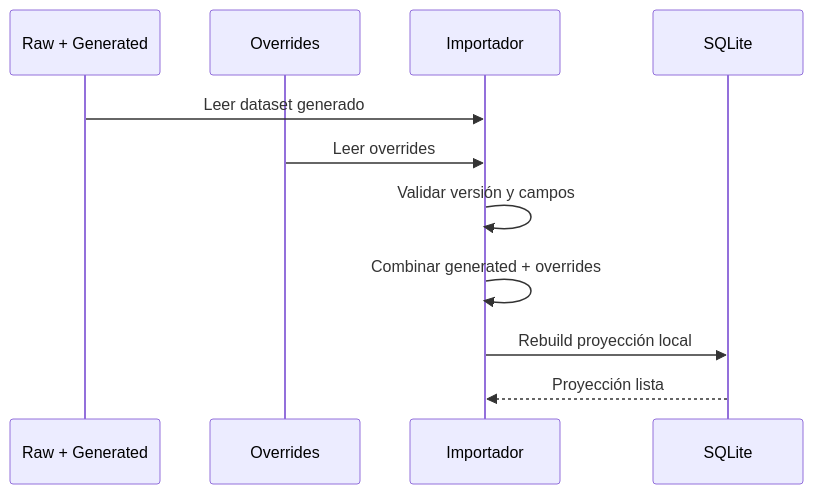
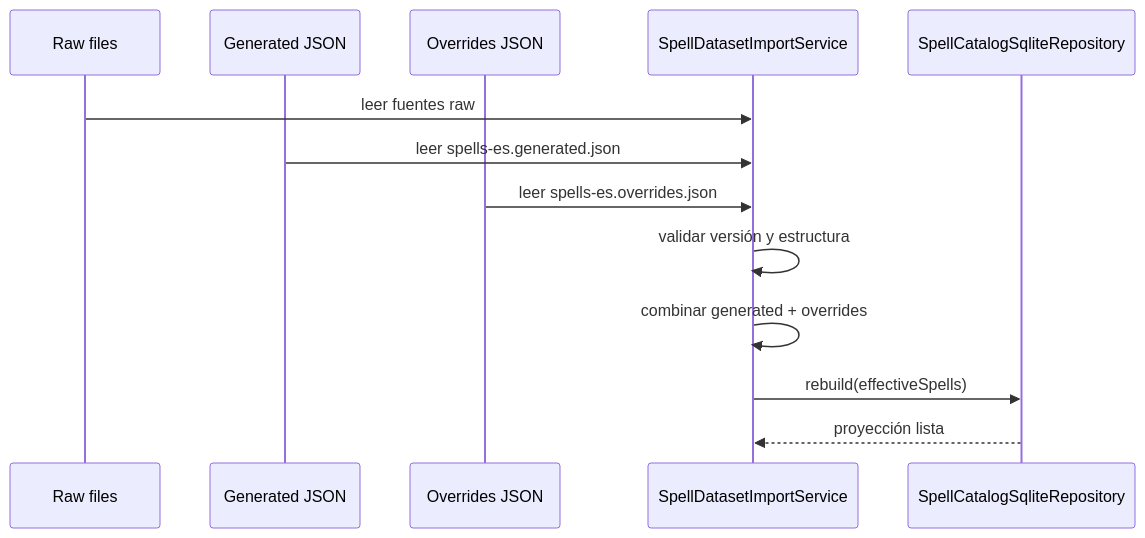
The third of 18 diagrams in docs/09-diagramas-flujos-secuencia.md (albertinizao/Grimorio-Pathfinder), drawn with Mermaid before and after one commit. The commit also changed other lines of this file, not shown here.

Commit message:
Expand architecture and flow diagrams documentation

````diff
--- a/docs/09-diagramas-flujos-secuencia.md
+++ b/docs/09-diagramas-flujos-secuencia.md
@@ -28,14 +98,16 @@
 ```mermaid
 sequenceDiagram
-  participant Src as Raw + Generated
-  participant Ov as Overrides
-  participant Imp as Importador
-  participant DB as SQLite
+  participant Raw as Raw files
+  participant Gen as Generated JSON
+  participant Ov as Overrides JSON
+  participant Imp as SpellDatasetImportService
+  participant Db as SpellCatalogSqliteRepository
 
-  Src->>Imp: Leer dataset generado
-  Ov->>Imp: Leer overrides
-  Imp->>Imp: Validar versión y campos
-  Imp->>Imp: Combinar generated + overrides
-  Imp->>DB: Rebuild proyección local
-  DB-->>Imp: Proyección lista
+  Raw->>Imp: leer fuentes raw
+  Gen->>Imp: leer spells-es.generated.json
+  Ov->>Imp: leer spells-es.overrides.json
+  Imp->>Imp: validar versión y estructura
+  Imp->>Imp: combinar generated + overrides
+  Imp->>Db: rebuild(effectiveSpells)
+  Db-->>Imp: proyección lista
 ```
````
